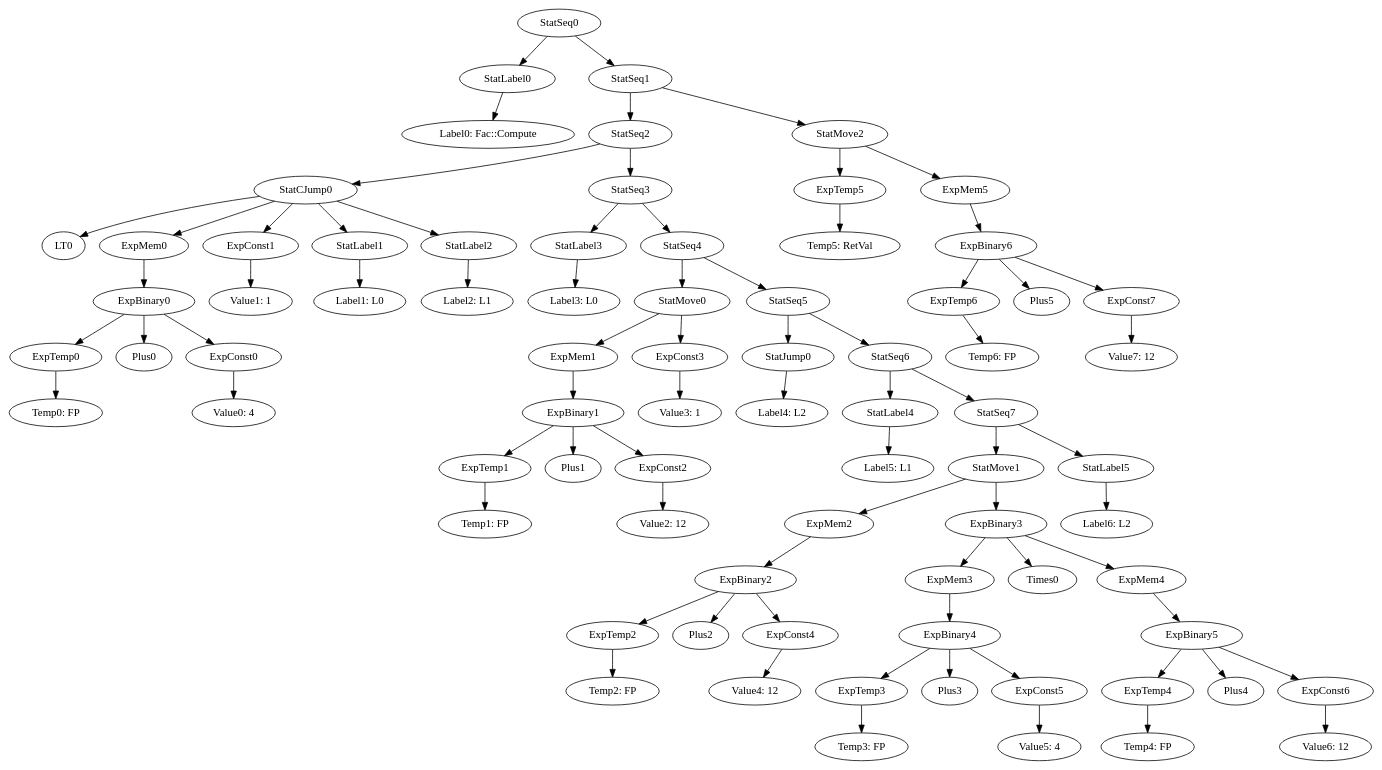
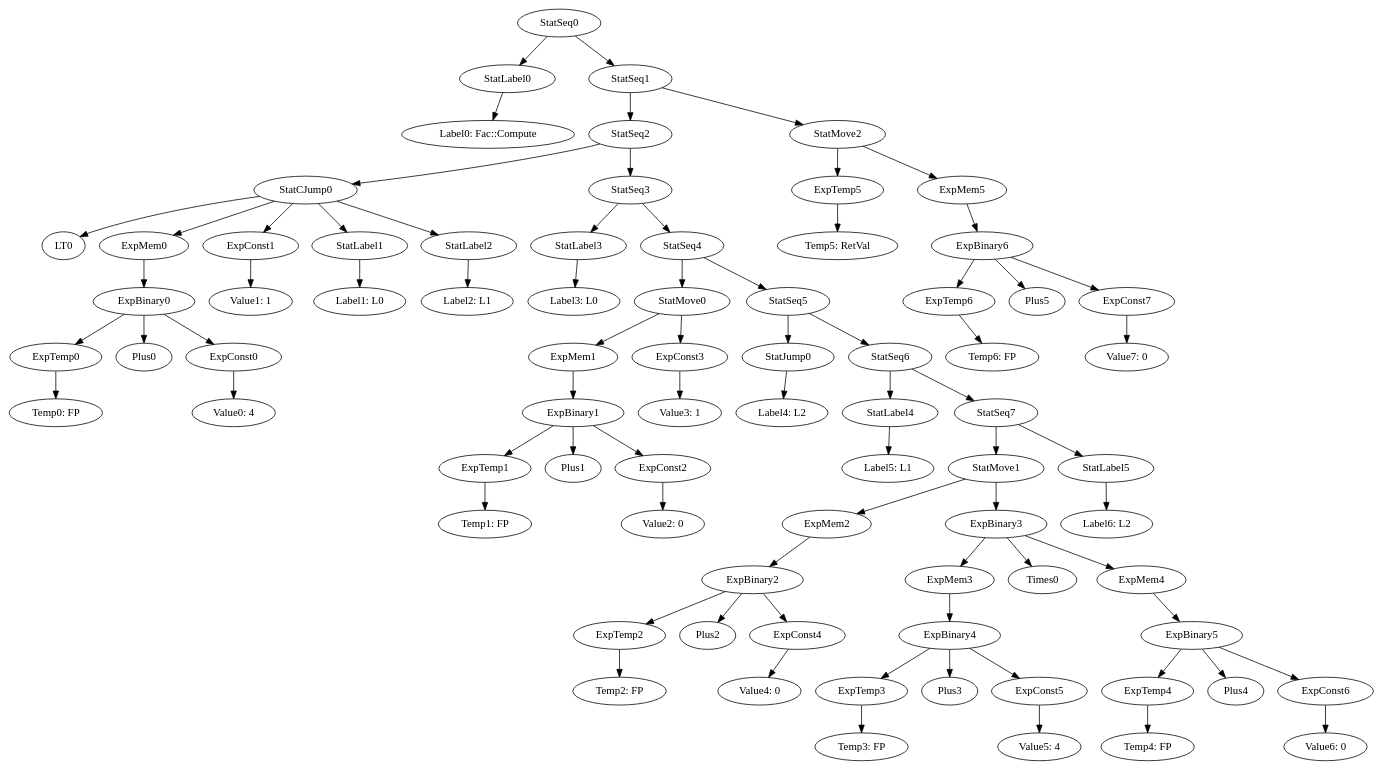
The diagram in MiniJava/results/SamplesCorrect/Simple/irt_Fac::Compute.gv (team-compilers/compilers), drawn with Graphviz before and after one commit. The commit also changed 8 other files, not shown here.

```diff
--- a/MiniJava/results/SamplesCorrect/Simple/irt_Fac::Compute.gv
+++ b/MiniJava/results/SamplesCorrect/Simple/irt_Fac::Compute.gv
@@ -1,79 +1,79 @@
 digraph {
 	ordering = out;
 	StatCJump0 -> LT0;
 	StatCJump0 -> ExpMem0;
 	StatCJump0 -> ExpConst1;
 	StatCJump0 -> StatLabel1;
 	StatCJump0 -> StatLabel2;
 	StatMove1 -> ExpMem2;
 	StatMove1 -> ExpBinary3;
 	ExpConst3 -> "Value3: 1";
-	ExpConst7 -> "Value7: 12";
+	ExpConst7 -> "Value7: 0";
 	StatSeq4 -> StatMove0;
 	StatSeq4 -> StatSeq5;
 	StatJump0 -> "Label4: L2";
 	StatLabel1 -> "Label1: L0";
 	ExpMem2 -> ExpBinary2;
 	StatMove0 -> ExpMem1;
 	StatMove0 -> ExpConst3;
 	StatSeq3 -> StatLabel3;
 	StatSeq3 -> StatSeq4;
 	ExpTemp1 -> "Temp1: FP";
 	StatSeq0 -> StatLabel0;
 	StatSeq0 -> StatSeq1;
 	StatSeq2 -> StatCJump0;
 	StatSeq2 -> StatSeq3;
 	ExpTemp0 -> "Temp0: FP";
 	StatSeq5 -> StatJump0;
 	StatSeq5 -> StatSeq6;
 	StatLabel4 -> "Label5: L1";
 	StatLabel2 -> "Label2: L1";
 	StatSeq7 -> StatMove1;
 	StatSeq7 -> StatLabel5;
-	ExpConst6 -> "Value6: 12";
+	ExpConst6 -> "Value6: 0";
 	ExpMem1 -> ExpBinary1;
 	ExpBinary0 -> ExpTemp0;
 	ExpBinary0 -> Plus0;
 	ExpBinary0 -> ExpConst0;
 	ExpMem4 -> ExpBinary5;
 	ExpBinary1 -> ExpTemp1;
 	ExpBinary1 -> Plus1;
 	ExpBinary1 -> ExpConst2;
 	ExpMem0 -> ExpBinary0;
 	ExpBinary6 -> ExpTemp6;
 	ExpBinary6 -> Plus5;
 	ExpBinary6 -> ExpConst7;
 	ExpConst1 -> "Value1: 1";
 	StatSeq1 -> StatSeq2;
 	StatSeq1 -> StatMove2;
 	StatSeq6 -> StatLabel4;
 	StatSeq6 -> StatSeq7;
 	ExpTemp3 -> "Temp3: FP";
 	ExpTemp2 -> "Temp2: FP";
 	ExpMem5 -> ExpBinary6;
 	StatLabel0 -> "Label0: Fac::Compute";
 	ExpBinary2 -> ExpTemp2;
 	ExpBinary2 -> Plus2;
 	ExpBinary2 -> ExpConst4;
 	ExpTemp5 -> "Temp5: RetVal";
 	StatLabel5 -> "Label6: L2";
 	StatLabel3 -> "Label3: L0";
-	ExpConst4 -> "Value4: 12";
+	ExpConst4 -> "Value4: 0";
 	ExpConst0 -> "Value0: 4";
 	ExpBinary4 -> ExpTemp3;
 	ExpBinary4 -> Plus3;
 	ExpBinary4 -> ExpConst5;
 	ExpConst5 -> "Value5: 4";
-	ExpConst2 -> "Value2: 12";
+	ExpConst2 -> "Value2: 0";
 	ExpBinary3 -> ExpMem3;
 	ExpBinary3 -> Times0;
 	ExpBinary3 -> ExpMem4;
 	ExpMem3 -> ExpBinary4;
 	ExpTemp4 -> "Temp4: FP";
 	ExpBinary5 -> ExpTemp4;
 	ExpBinary5 -> Plus4;
 	ExpBinary5 -> ExpConst6;
 	StatMove2 -> ExpTemp5;
 	StatMove2 -> ExpMem5;
 	ExpTemp6 -> "Temp6: FP";
 }
```
